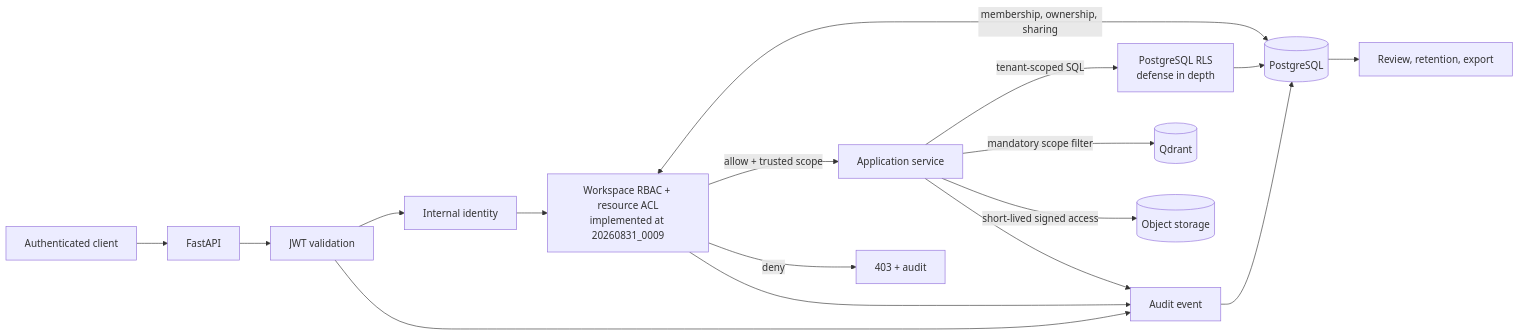
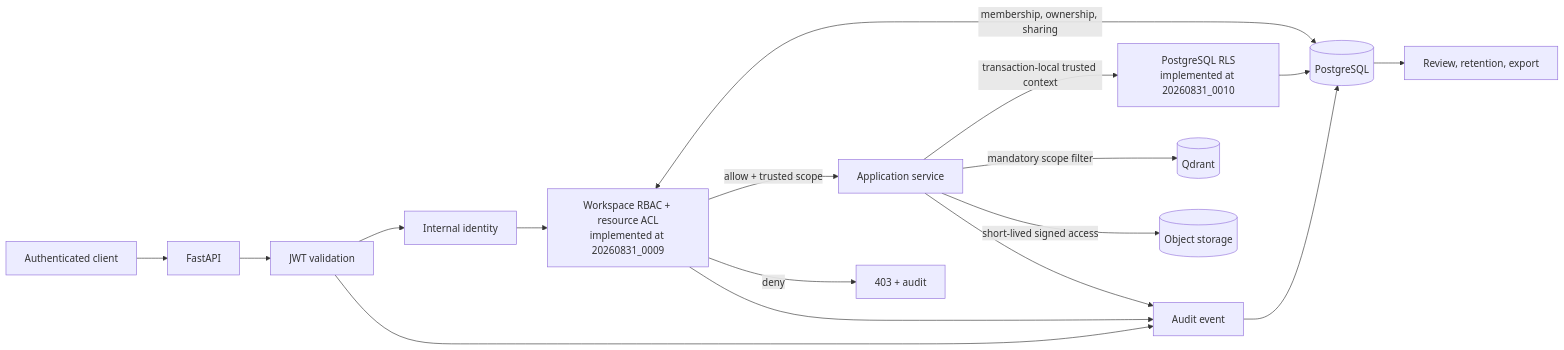
The sixth of 11 diagrams in mm-rag-full-stack-genai-bootcamp-3.0/docs/architecture/ARCHITECTURE.md (mvyas412/ai-projects), drawn with Mermaid before and after one commit. The commit also changed other lines of this file and 15 other files, not shown here.

````diff
--- a/mm-rag-full-stack-genai-bootcamp-3.0/docs/architecture/ARCHITECTURE.md
+++ b/mm-rag-full-stack-genai-bootcamp-3.0/docs/architecture/ARCHITECTURE.md
@@ -304,19 +305,19 @@
 ```mermaid
 flowchart LR
     client["Authenticated client"] --> api["FastAPI"]
     api --> jwt["JWT validation"]
     jwt --> identity["Internal identity"]
     identity --> policy["Workspace RBAC + resource ACL<br/>implemented at 20260831_0009"]
     policy <-->|"membership, ownership, sharing"| pg[("PostgreSQL")]
     policy -->|"allow + trusted scope"| service["Application service"]
     policy -->|"deny"| denied["403 + audit"]
-    service -->|"tenant-scoped SQL"| rls["PostgreSQL RLS<br/>defense in depth"]
+    service -->|"transaction-local trusted context"| rls["PostgreSQL RLS<br/>implemented at 20260831_0010"]
     rls --> pg
     service -->|"mandatory scope filter"| qdrant[("Qdrant")]
     service -->|"short-lived signed access"| objects[("Object storage")]
     jwt --> audit["Audit event"]
     policy --> audit
     service --> audit
     audit --> pg
     pg --> compliance["Review, retention, export"]
 ```
````
